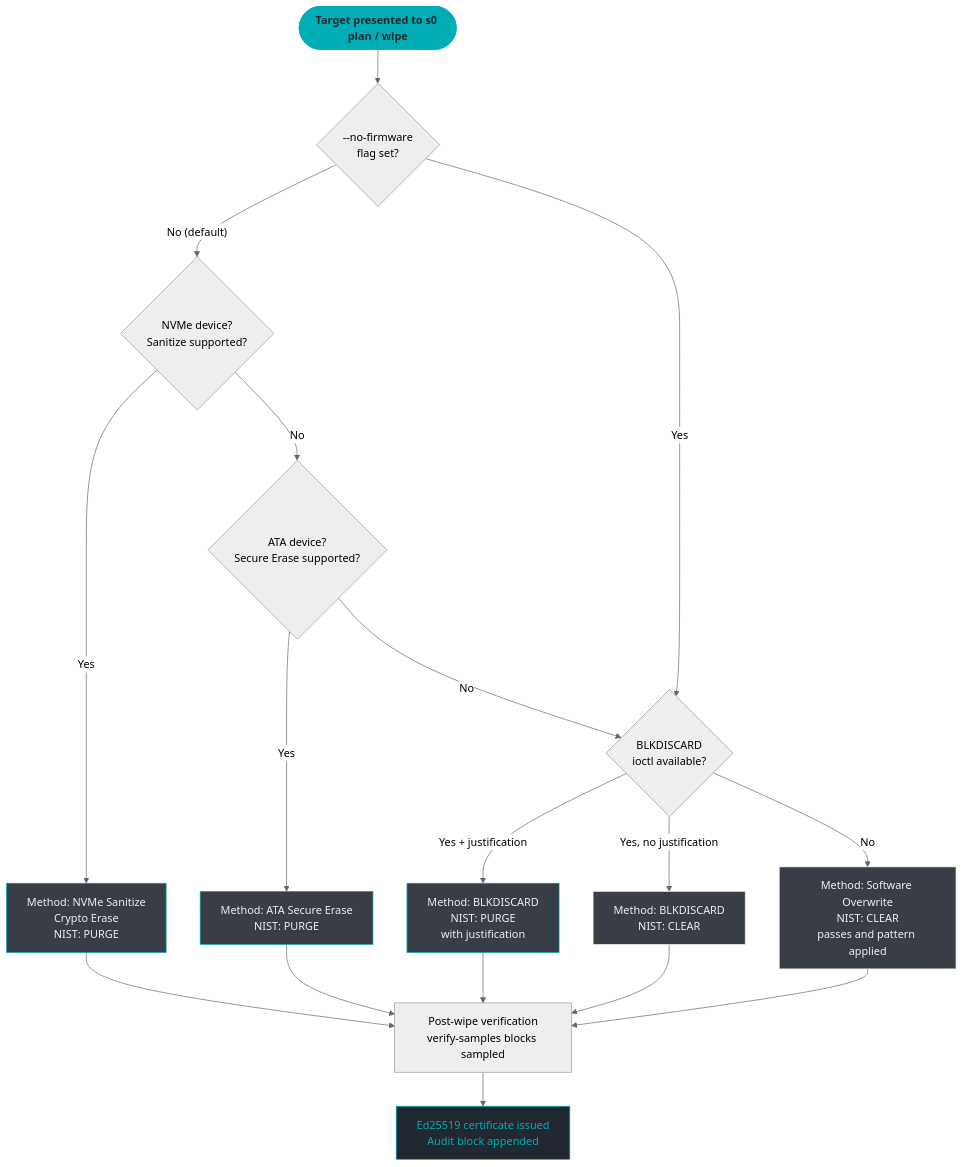
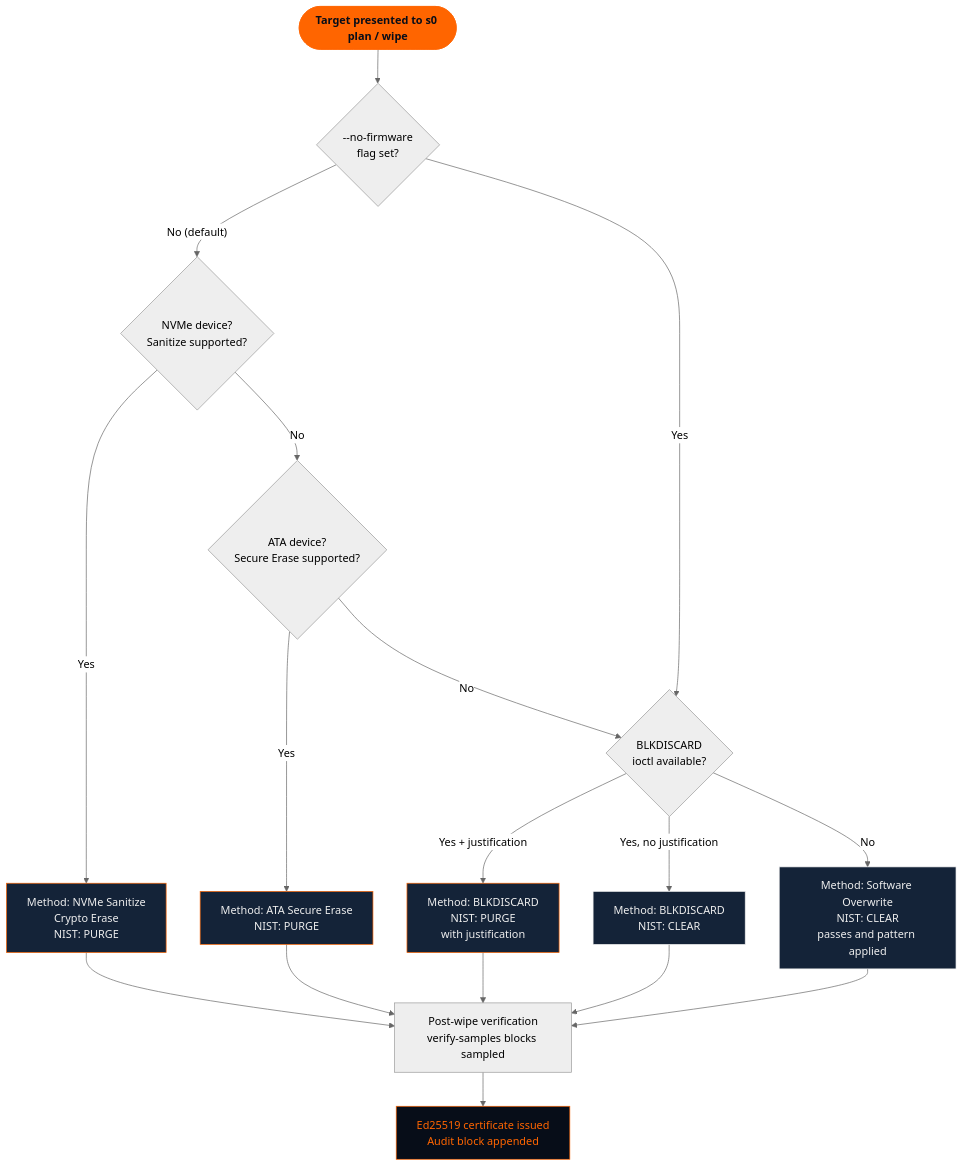
The second of 2 diagrams in docs/guides/cli-reference.md (kartik2005221/s0), drawn with Mermaid (neutral theme) before and after one commit. The commit also changed other lines of this file and 5 other files, not shown here.

````diff
--- a/docs/guides/cli-reference.md
+++ b/docs/guides/cli-reference.md
@@ -1199,26 +1200,26 @@
 ```mermaid
 flowchart TD
     START(["Target presented to s0 plan / wipe"]):::entry
 
     START --> FW{"--no-firmware\nflag set?"}
 
     FW -- "No (default)" --> NVME{"NVMe device?\nSanitize supported?"}
     NVME -- "Yes" --> M1["Method: NVMe Sanitize\nCrypto Erase\nNIST: PURGE"]:::purge
     NVME -- "No" --> ATA{"ATA device?\nSecure Erase supported?"}
     ATA -- "Yes" --> M2["Method: ATA Secure Erase\nNIST: PURGE"]:::purge
     ATA -- "No" --> DISC{"BLKDISCARD\nioctl available?"}
 
     FW -- "Yes" --> DISC
 
     DISC -- "Yes + justification" --> M3["Method: BLKDISCARD\nNIST: PURGE\nwith justification"]:::purge
     DISC -- "Yes, no justification" --> M3B["Method: BLKDISCARD\nNIST: CLEAR"]:::clear
     DISC -- "No" --> M4["Method: Software Overwrite\nNIST: CLEAR\npasses and pattern applied"]:::clear
 
     M1 & M2 & M3 & M3B & M4 --> VERIFY["Post-wipe verification\nverify-samples blocks sampled"]
     VERIFY --> CERT["Ed25519 certificate issued\nAudit block appended"]:::cert
 
-    classDef entry fill:#00ADB5,stroke:#00ADB5,color:#222831,font-weight:bold;
-    classDef purge fill:#393E46,stroke:#00ADB5,color:#EEEEEE;
-    classDef clear fill:#393E46,stroke:#EEEEEE,color:#EEEEEE;
-    classDef cert fill:#222831,stroke:#00ADB5,color:#00ADB5;
+    classDef entry fill:#FF6500,stroke:#FF6500,color:#070D18,font-weight:bold;
+    classDef purge fill:#142338,stroke:#FF6500,color:#EEEEEE;
+    classDef clear fill:#142338,stroke:#EEEEEE,color:#EEEEEE;
+    classDef cert fill:#070D18,stroke:#FF6500,color:#FF6500;
 ```
````
